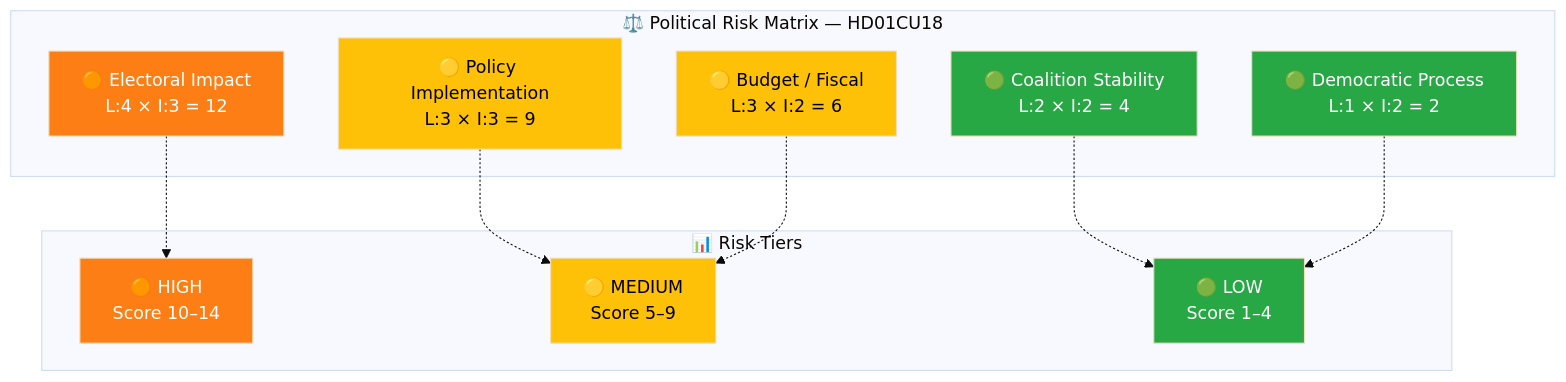
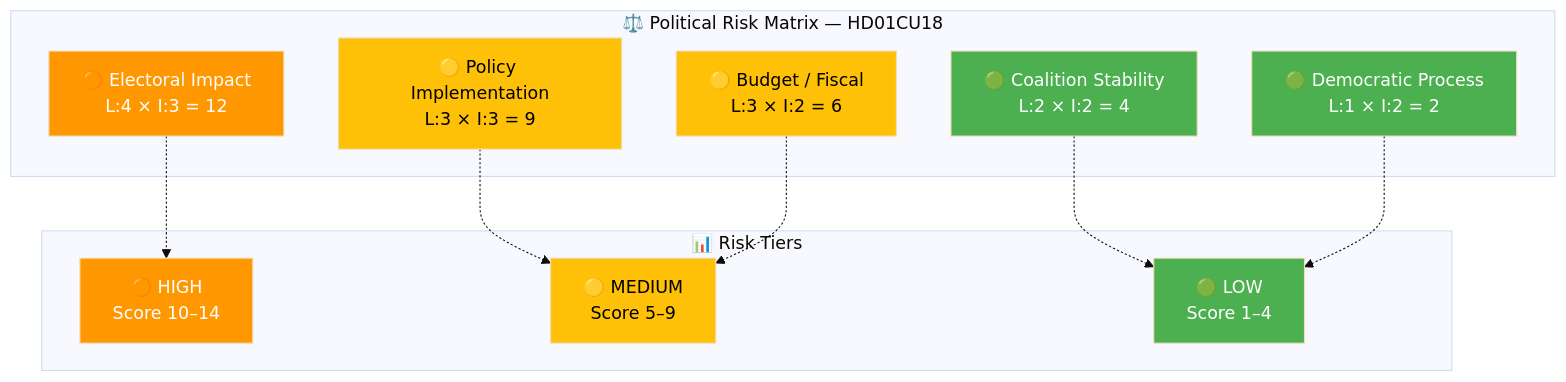
The second of 2 diagrams in analysis/daily/2026-03-27/committeeReports/documents/hd01cu18-analysis.md (Hack23/riksdagsmonitor), drawn with Mermaid (base theme) before and after one commit. The commit also changed other lines of this file and 785 other files, not shown here.

First line of the commit message:
Normalize mermaid colors across 786 analysis artifacts to ISMS Style Guide palette

````diff
--- a/analysis/daily/2026-03-27/committeeReports/documents/hd01cu18-analysis.md
+++ b/analysis/daily/2026-03-27/committeeReports/documents/hd01cu18-analysis.md
@@ -82,31 +82,31 @@
 ```mermaid
 graph TD
     subgraph "⚖️ Political Risk Matrix — HD01CU18"
         R1["🟢 Coalition Stability<br/>L:2 × I:2 = 4"]
         R2["🟡 Policy Implementation<br/>L:3 × I:3 = 9"]
         R3["🟡 Budget / Fiscal<br/>L:3 × I:2 = 6"]
         R4["🟠 Electoral Impact<br/>L:4 × I:3 = 12"]
         R5["🟢 Democratic Process<br/>L:1 × I:2 = 2"]
     end
 
     subgraph "📊 Risk Tiers"
         T2["🟠 HIGH<br/>Score 10–14"]
         T3["🟡 MEDIUM<br/>Score 5–9"]
         T4["🟢 LOW<br/>Score 1–4"]
     end
 
     R1 -.-> T4
     R2 -.-> T3
     R3 -.-> T3
     R4 -.-> T2
     R5 -.-> T4
 
-    style R1 fill:#28a745,color:#fff
-    style R2 fill:#ffc107,color:#000
-    style R3 fill:#ffc107,color:#000
-    style R4 fill:#fd7e14,color:#fff
-    style R5 fill:#28a745,color:#fff
-    style T2 fill:#fd7e14,color:#fff
-    style T3 fill:#ffc107,color:#000
-    style T4 fill:#28a745,color:#fff
+    style R1 fill:#4CAF50,color:#FFFFFF
+    style R2 fill:#FFC107,color:#000000
+    style R3 fill:#FFC107,color:#000000
+    style R4 fill:#FF9800,color:#FFFFFF
+    style R5 fill:#4CAF50,color:#FFFFFF
+    style T2 fill:#FF9800,color:#FFFFFF
+    style T3 fill:#FFC107,color:#000000
+    style T4 fill:#4CAF50,color:#FFFFFF
 ```
````
